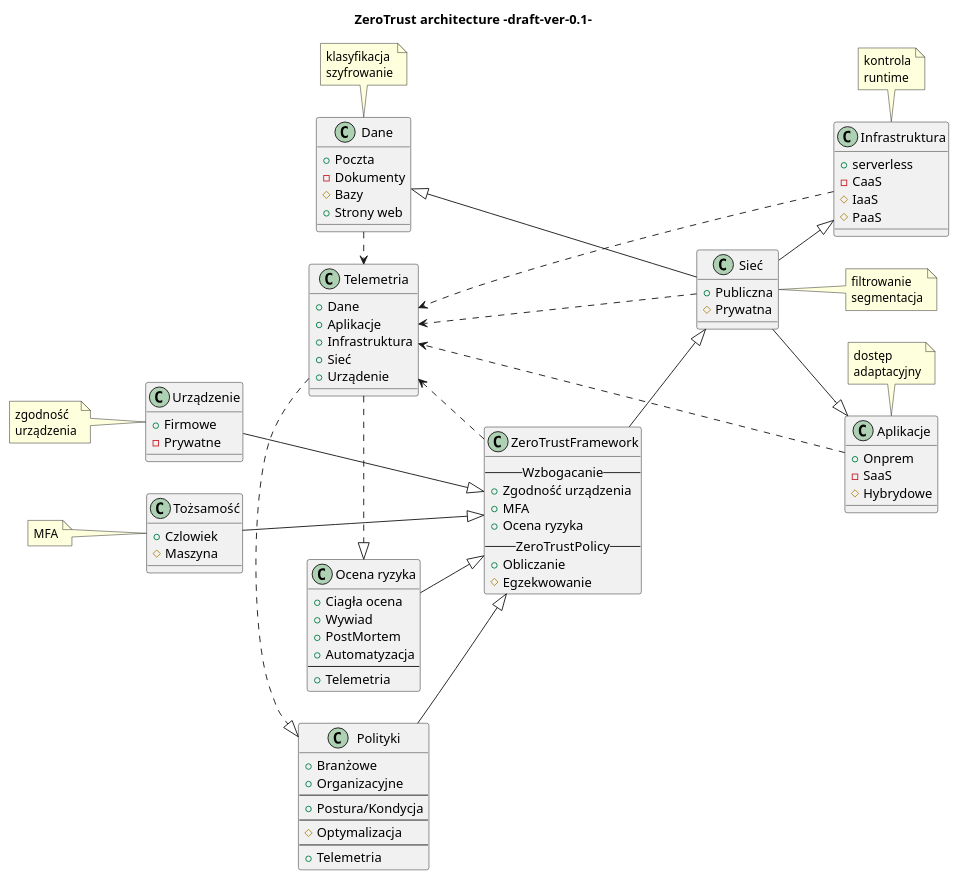
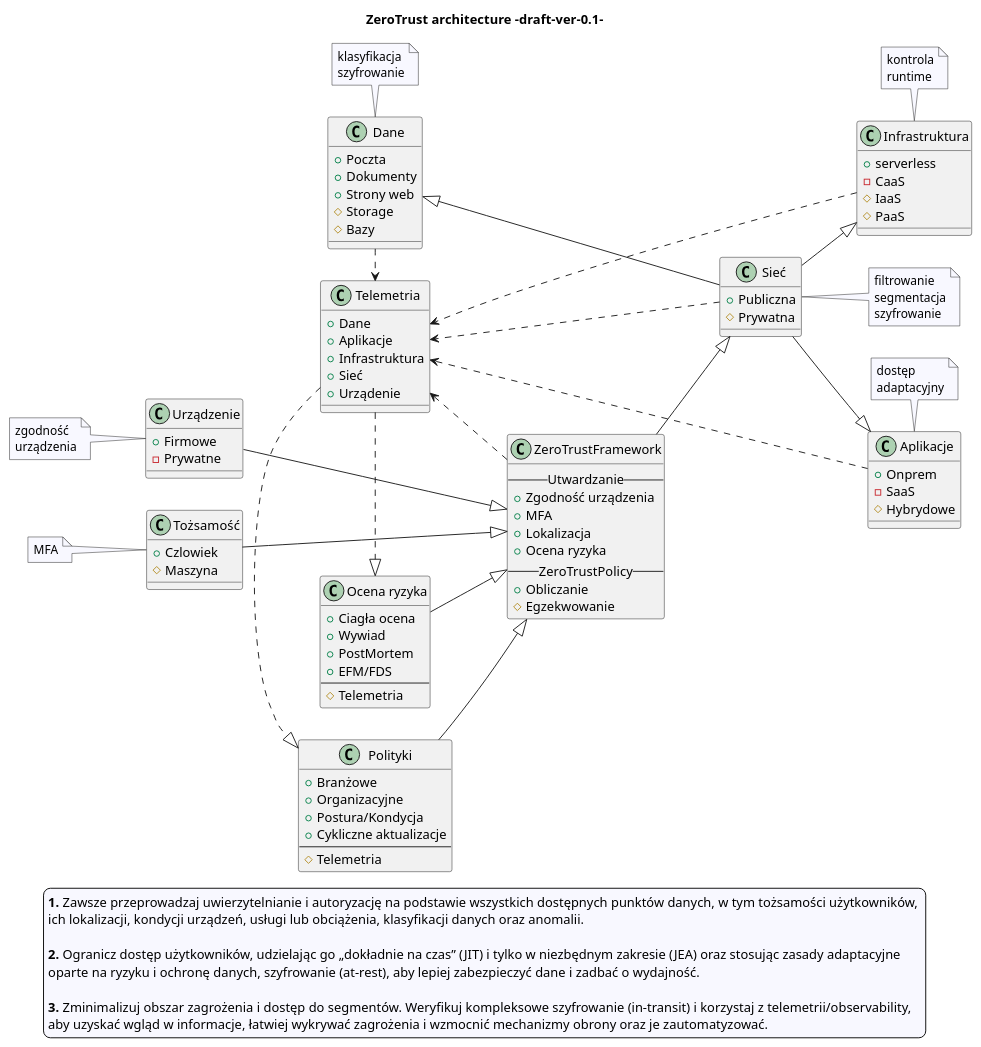
The diagram in ZTA.puml (ai-heel/ZTA), drawn with PlantUML before and after one commit.

```diff
--- a/ZTA.puml
+++ b/ZTA.puml
@@ -1,125 +1,146 @@
 @startuml
 left to right direction
 title "ZeroTrust architecture -draft-ver-0.1-"
+skinparam note {
+    backgroundColor #GhostWhite
+    entrySeparator #GhostWhite
+}
+
 
 class Polityki {
-  + Branżowe
-  + Organizacyjne
-  ---
-  + Postura/Kondycja
-  ---
-  # Optymalizacja
-  ---
-  + Telemetria
+    + Branżowe
+    + Organizacyjne
+    + Postura/Kondycja
+    + Cykliczne aktualizacje
+    ---
+    # Telemetria
 }
 
 class Tożsamość {
-  + Czlowiek
-  # Maszyna
+    + Czlowiek
+    # Maszyna
 }
 note left of Tożsamość
 MFA
 end note
 
 class Urządzenie {
-  + Firmowe
-  - Prywatne
++ Firmowe
+- Prywatne
 }
 note left of Urządzenie
 zgodność
 urządzenia
 end note
 
 class ZeroTrustFramework {
-    --Wzbogacanie--
-    + Zgodność urządzenia
-    + MFA
-    + Ocena ryzyka
-    --ZeroTrustPolicy--
-    + Obliczanie
-    # Egzekwowanie
+--Utwardzanie--
++ Zgodność urządzenia
++ MFA
++ Lokalizacja
++ Ocena ryzyka
+--ZeroTrustPolicy--
++ Obliczanie
+# Egzekwowanie
 }
 
 class "Ocena ryzyka" {
-    + Ciagła ocena
-    + Wywiad
-    + PostMortem
-    + Automatyzacja
-    ---
-    + Telemetria
++ Ciagła ocena
++ Wywiad
++ PostMortem
++ EFM/FDS
+---
+# Telemetria
 }
 
 class Sieć {
-    + Publiczna
-    # Prywatna
++ Publiczna
+# Prywatna
 }
 note right of Sieć
 filtrowanie
 segmentacja
+szyfrowanie
 end note
 
 class Dane {
-    + Poczta
-    - Dokumenty
-    # Bazy
-    + Strony web
++ Poczta
++ Dokumenty
++ Strony web
+# Storage
+# Bazy
 }
 note top of Dane
 klasyfikacja
 szyfrowanie
 end note
 
 class Aplikacje {
-    + Onprem
-    - SaaS
-    # Hybrydowe
++ Onprem
+- SaaS
+# Hybrydowe
 }
 note top of Aplikacje
 dostęp
 adaptacyjny
 end note
 
 class Infrastruktura {
-    + serverless
-    - CaaS
-    # IaaS
-    # PaaS
++ serverless
+- CaaS
+# IaaS
+# PaaS
 }
 note top of Infrastruktura
 kontrola
 runtime
 end note
 
 
 class Telemetria {
     + Dane
     + Aplikacje
     + Infrastruktura
     + Sieć
     + Urządenie
     ' ---
     ' <b>SIEM</b>
 }
 
 
 Tożsamość ---|> ZeroTrustFramework
 Urządzenie ---|> ZeroTrustFramework
 "Ocena ryzyka" --|> ZeroTrustFramework
 Polityki --|> ZeroTrustFramework
 ZeroTrustFramework --|> Sieć
 ZeroTrustFramework .> Telemetria
 
 Sieć --|> Dane
 Sieć --|> Aplikacje
 Sieć --|> Infrastruktura
 
 Dane .> Telemetria
 Aplikacje .> Telemetria
 Infrastruktura .> Telemetria
 Sieć .> Telemetria
 
 Telemetria .|> "Ocena ryzyka"
 Telemetria .|> Polityki
 
+skinparam legend {
+    backgroundColor #GhostWhite
+    entrySeparator #GhostWhite
+}
+
+legend bottom
+<b>1.</b> Zawsze przeprowadzaj uwierzytelnianie i autoryzację na podstawie wszystkich dostępnych punktów danych, w tym tożsamości użytkowników, 
+ich lokalizacji, kondycji urządzeń, usługi lub obciążenia, klasyfikacji danych oraz anomalii.
+
+<b>2.</b> Ogranicz dostęp użytkowników, udzielając go „dokładnie na czas” (JIT) i tylko w niezbędnym zakresie (JEA) oraz stosując zasady adaptacyjne
+oparte na ryzyku i ochronę danych, szyfrowanie (at-rest), aby lepiej zabezpieczyć dane i zadbać o wydajność.
+
+<b>3.</b> Zminimalizuj obszar zagrożenia i dostęp do segmentów. Weryfikuj kompleksowe szyfrowanie (in-transit) i korzystaj z telemetrii/observability,
+aby uzyskać wgląd w informacje, łatwiej wykrywać zagrożenia i wzmocnić mechanizmy obrony oraz je zautomatyzować.
+endlegend
 
 @enduml
```
